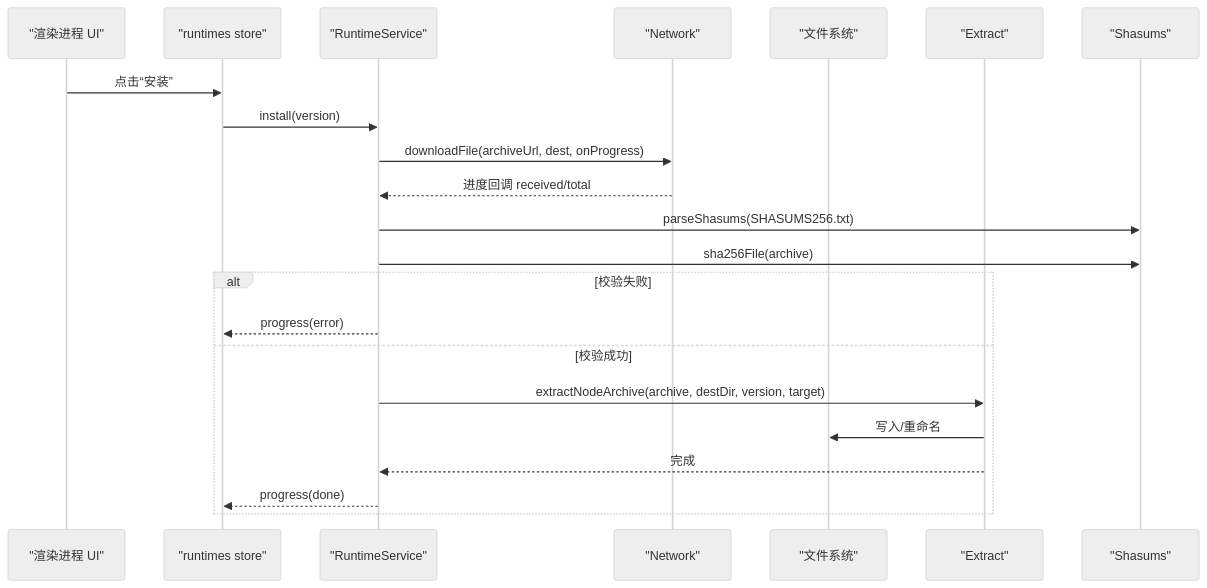
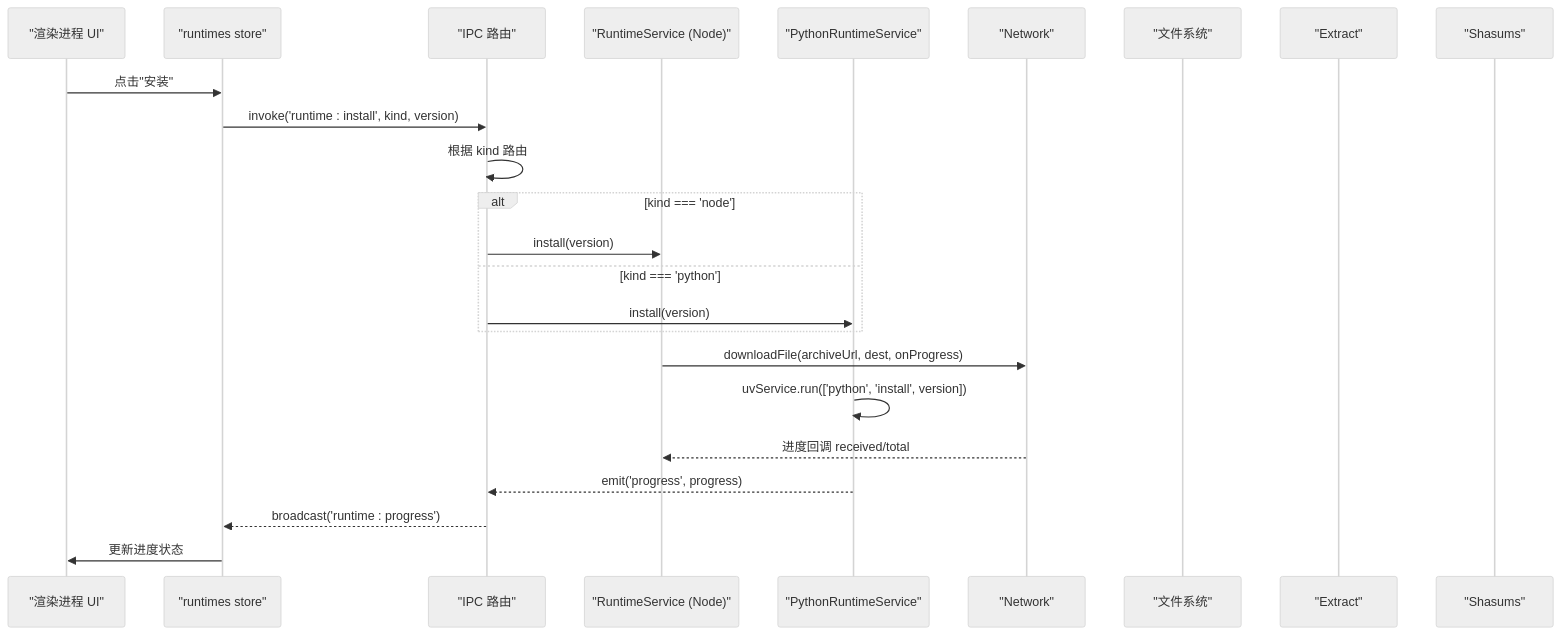
One commit to hozeeee/script-box changed the second of 13 diagrams in .qoder/repowiki/zh/content/核心服务层/Runtime 服务（运行时管理）.md. Above: the diagram before and after it, drawn with Mermaid (neutral theme). The commit also changed other lines of this file and 6 other files, not shown here.

First line of the commit message:
feat(runtime): 支持多运行时管理，新增 Python 运行时支持

````diff
--- a/.qoder/repowiki/zh/content/核心服务层/Runtime 服务（运行时管理）.md
+++ b/.qoder/repowiki/zh/content/核心服务层/Runtime 服务（运行时管理）.md
@@ -102,24 +135,26 @@
 ```mermaid
 sequenceDiagram
 participant UI as "渲染进程 UI"
 participant Store as "runtimes store"
-participant RS as "RuntimeService"
+participant IPC as "IPC 路由"
+participant RS as "RuntimeService (Node)"
+participant PS as "PythonRuntimeService"
 participant NET as "Network"
 participant FS as "文件系统"
 participant EXT as "Extract"
 participant SH as "Shasums"
-UI->>Store : 点击“安装”
-Store->>RS : install(version)
+UI->>Store : 点击"安装"
+Store->>IPC : invoke('runtime : install', kind, version)
+IPC->>IPC : 根据 kind 路由
+alt kind === 'node'
+IPC->>RS : install(version)
+else kind === 'python'
+IPC->>PS : install(version)
+end
 RS->>NET : downloadFile(archiveUrl, dest, onProgress)
+PS->>PS : uvService.run(['python', 'install', version])
 NET-->>RS : 进度回调 received/total
-RS->>SH : parseShasums(SHASUMS256.txt)
-RS->>SH : sha256File(archive)
-alt 校验失败
-RS-->>Store : progress(error)
-else 校验成功
-RS->>EXT : extractNodeArchive(archive, destDir, version, target)
-EXT->>FS : 写入/重命名
-EXT-->>RS : 完成
-RS-->>Store : progress(done)
-end
+PS-->>IPC : emit('progress', progress)
+IPC-->>Store : broadcast('runtime : progress')
+Store->>UI : 更新进度状态
 ```
````
